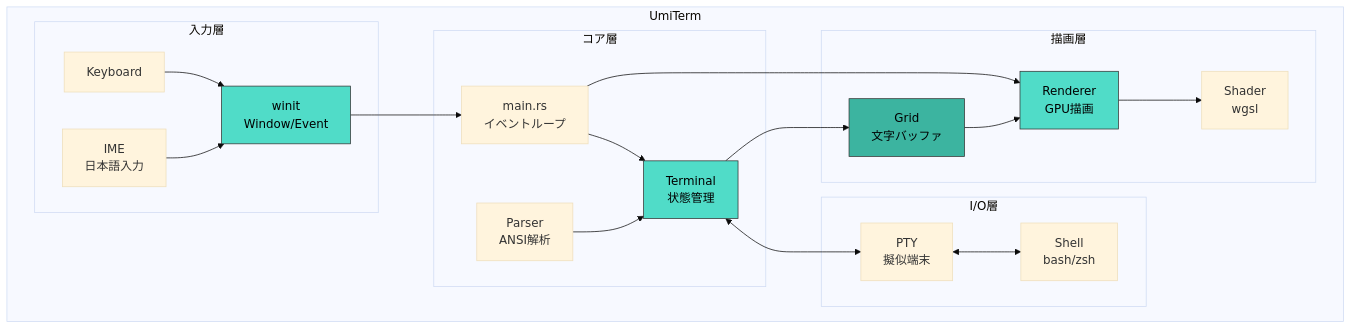
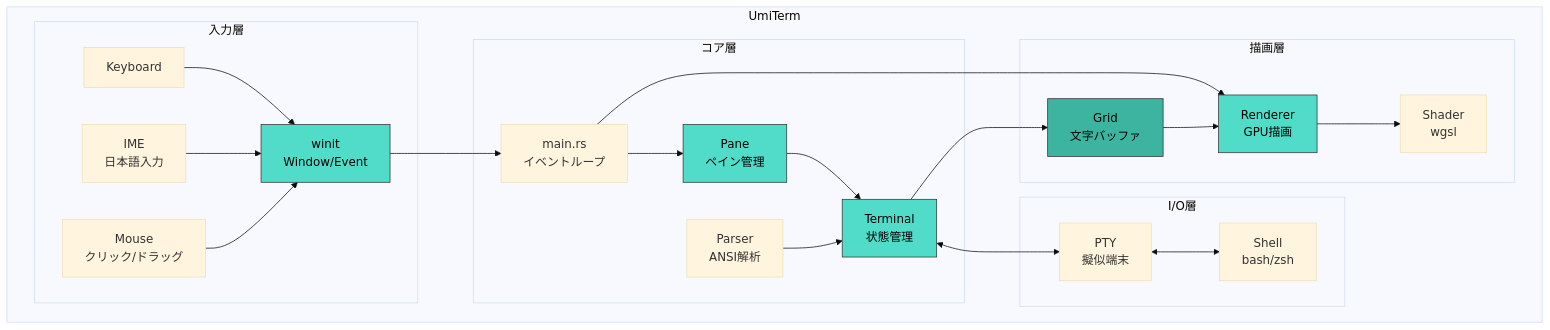
The first of 2 diagrams in README.md (RyutoYoda/UmiTerm), drawn with Mermaid (base theme) before and after one commit. The commit also changed other lines of this file and 4 other files, not shown here.

````diff
--- a/README.md
+++ b/README.md
@@ -24,44 +42,49 @@
 ```mermaid
 graph TB
     subgraph UmiTerm
         subgraph Input["入力層"]
             W[winit<br/>Window/Event]
             K[Keyboard]
             IME[IME<br/>日本語入力]
+            Mouse[Mouse<br/>クリック/ドラッグ]
         end
 
         subgraph Core["コア層"]
             M[main.rs<br/>イベントループ]
             T[Terminal<br/>状態管理]
             P[Parser<br/>ANSI解析]
+            Pane[Pane<br/>ペイン管理]
         end
 
         subgraph IO["I/O層"]
             PTY[PTY<br/>擬似端末]
             SH[Shell<br/>bash/zsh]
         end
 
         subgraph Render["描画層"]
             G[Grid<br/>文字バッファ]
             R[Renderer<br/>GPU描画]
             S[Shader<br/>wgsl]
         end
     end
 
     K --> W
     IME --> W
+    Mouse --> W
     W --> M
-    M --> T
+    M --> Pane
+    Pane --> T
     M --> R
     T --> G
     T <--> PTY
     PTY <--> SH
     P --> T
     G --> R
     R --> S
 
     style W fill:#50dcc8,stroke:#333,color:#000
     style T fill:#50dcc8,stroke:#333,color:#000
     style R fill:#50dcc8,stroke:#333,color:#000
     style G fill:#3cb4a0,stroke:#333,color:#000
+    style Pane fill:#50dcc8,stroke:#333,color:#000
 ```
````
